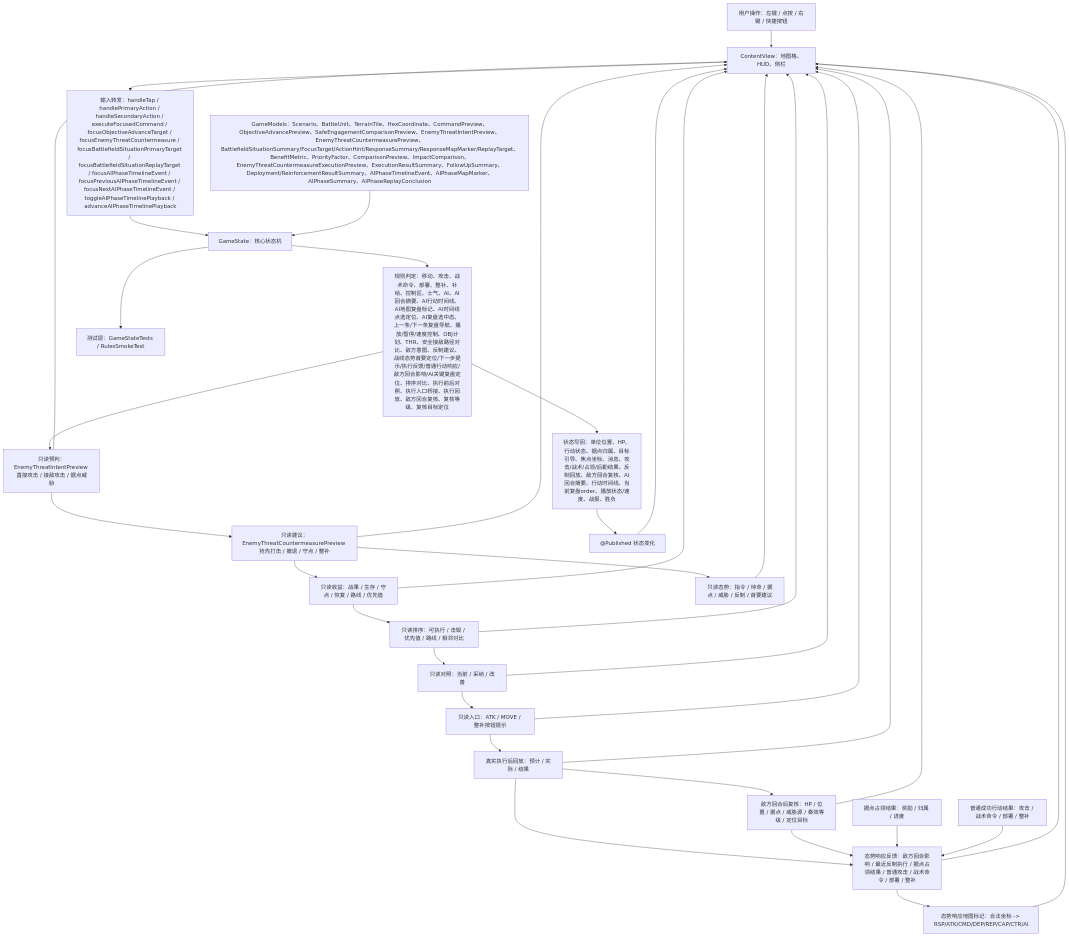
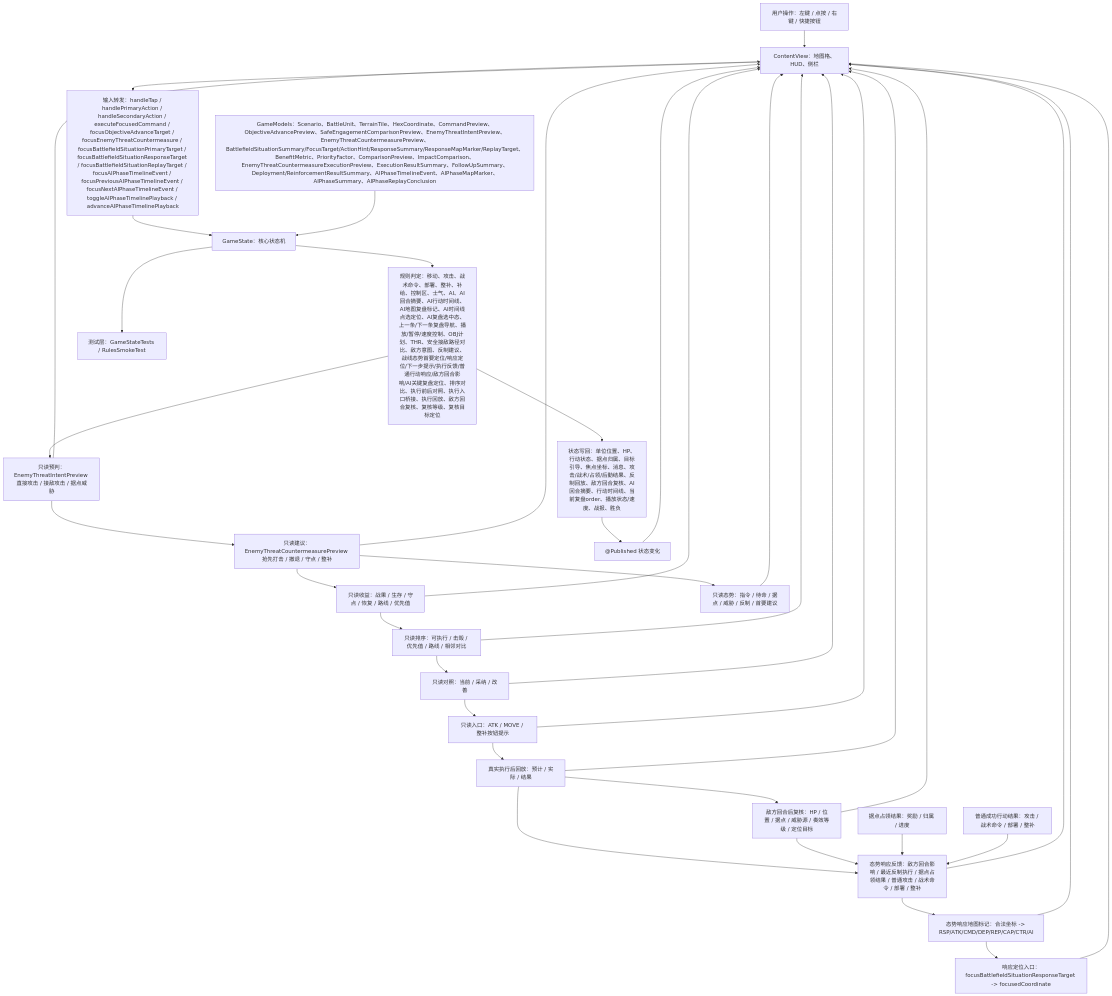
Before and after one commit to Altman-sam114/116: the first of 5 diagrams in md/flow/flowchart.md, drawn with Mermaid. The commit also changed other lines of this file and 10 other files, not shown here.

````diff
--- a/md/flow/flowchart.md
+++ b/md/flow/flowchart.md
@@ -9,37 +9,39 @@
 ```mermaid
 flowchart TD
   U["用户操作：左键 / 点按 / 右键 / 快捷按钮"] --> V["ContentView：地图格、HUD、侧栏"]
-  V --> I["输入转发：handleTap / handlePrimaryAction / handleSecondaryAction / executeFocusedCommand / focusObjectiveAdvanceTarget / focusEnemyThreatCountermeasure / focusBattlefieldSituationPrimaryTarget / focusBattlefieldSituationReplayTarget / focusAIPhaseTimelineEvent / focusPreviousAIPhaseTimelineEvent / focusNextAIPhaseTimelineEvent / toggleAIPhaseTimelinePlayback / advanceAIPhaseTimelinePlayback"]
+  V --> I["输入转发：handleTap / handlePrimaryAction / handleSecondaryAction / executeFocusedCommand / focusObjectiveAdvanceTarget / focusEnemyThreatCountermeasure / focusBattlefieldSituationPrimaryTarget / focusBattlefieldSituationResponseTarget / focusBattlefieldSituationReplayTarget / focusAIPhaseTimelineEvent / focusPreviousAIPhaseTimelineEvent / focusNextAIPhaseTimelineEvent / toggleAIPhaseTimelinePlayback / advanceAIPhaseTimelinePlayback"]
   I --> S["GameState：核心状态机"]
   M["GameModels：Scenario、BattleUnit、TerrainTile、HexCoordinate、CommandPreview、ObjectiveAdvancePreview、SafeEngagementComparisonPreview、EnemyThreatIntentPreview、EnemyThreatCountermeasurePreview、BattlefieldSituationSummary/FocusTarget/ActionHint/ResponseSummary/ResponseMapMarker/ReplayTarget、BenefitMetric、PriorityFactor、ComparisonPreview、ImpactComparison、EnemyThreatCountermeasureExecutionPreview、ExecutionResultSummary、FollowUpSummary、Deployment/ReinforcementResultSummary、AIPhaseTimelineEvent、AIPhaseMapMarker、AIPhaseSummary、AIPhaseReplayConclusion"] --> S
-  S --> R["规则判定：移动、攻击、战术命令、部署、整补、补给、控制区、士气、AI、AI回合摘要、AI行动时间线、AI地图复盘标记、AI时间线点选定位、AI复盘选中态、上一条/下一条复盘导航、播放/暂停/速度控制、OBJ计划、THR、安全接敌路径对比、敌方意图、反制建议、战线态势首要定位/下一步提示/执行反馈/普通行动响应/敌方回合影响/AI关键复盘定位、排序对比、执行前后对照、执行入口桥接、执行回放、敌方回合复核、复核等级、复核目标定位"]
+  S --> R["规则判定：移动、攻击、战术命令、部署、整补、补给、控制区、士气、AI、AI回合摘要、AI行动时间线、AI地图复盘标记、AI时间线点选定位、AI复盘选中态、上一条/下一条复盘导航、播放/暂停/速度控制、OBJ计划、THR、安全接敌路径对比、敌方意图、反制建议、战线态势首要定位/响应定位/下一步提示/执行反馈/普通行动响应/敌方回合影响/AI关键复盘定位、排序对比、执行前后对照、执行入口桥接、执行回放、敌方回合复核、复核等级、复核目标定位"]
   R --> W["状态写回：单位位置、HP、行动状态、据点归属、目标引导、焦点坐标、消息、攻击/战术/占领/后勤结果、反制回放、敌方回合复核、AI回合摘要、行动时间线、当前复盘order、播放状态/速度、战报、胜负"]
   R --> EI["只读预判：EnemyThreatIntentPreview 直接攻击 / 接敌攻击 / 据点威胁"]
   EI --> EC["只读建议：EnemyThreatCountermeasurePreview 抢先打击 / 撤退 / 守点 / 整补"]
   EC --> BM["只读收益：战果 / 生存 / 守点 / 恢复 / 路线 / 优先值"]
   BM --> PC["只读排序：可执行 / 击毁 / 优先值 / 路线 / 相邻对比"]
   PC --> IP["只读对照：当前 / 采纳 / 改善"]
   IP --> EB["只读入口：ATK / MOVE / 整补按钮提示"]
   EC --> BS["只读态势：指令 / 待命 / 据点 / 威胁 / 反制 / 首要建议"]
   EB --> XR["真实执行后回放：预计 / 实际 / 结果"]
   XR --> BR["态势响应反馈：敌方回合影响 / 最近反制执行 / 据点占领结果 / 普通攻击 / 战术命令 / 部署 / 整补"]
   XR --> FV["敌方回合后复核：HP / 位置 / 据点 / 威胁源 / 奏效等级 / 定位目标"]
   FV --> BR
   CAP["据点占领结果：奖励 / 归属 / 进度"] --> BR
   ORD["普通成功行动结果：攻击 / 战术命令 / 部署 / 整补"] --> BR
   BR --> BRM["态势响应地图标记：合法坐标 -> RSP/ATK/CMD/DEP/REP/CAP/CTR/AI"]
+  BRM --> BRF["响应定位入口：focusBattlefieldSituationResponseTarget -> focusedCoordinate"]
   W --> P["@Published 状态变化"]
   P --> V
   EI --> V
   EC --> V
   BS --> V
   BR --> V
   BRM --> V
+  BRF --> V
   BM --> V
   PC --> V
   IP --> V
   EB --> V
   XR --> V
   FV --> V
   S --> T["测试层：GameStateTests / RulesSmokeTest"]
 ```
````
